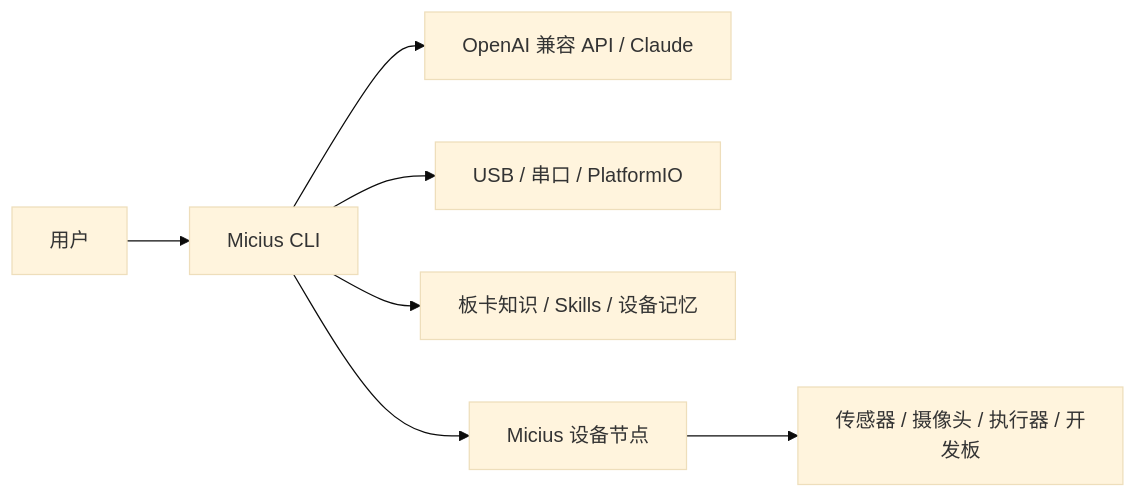
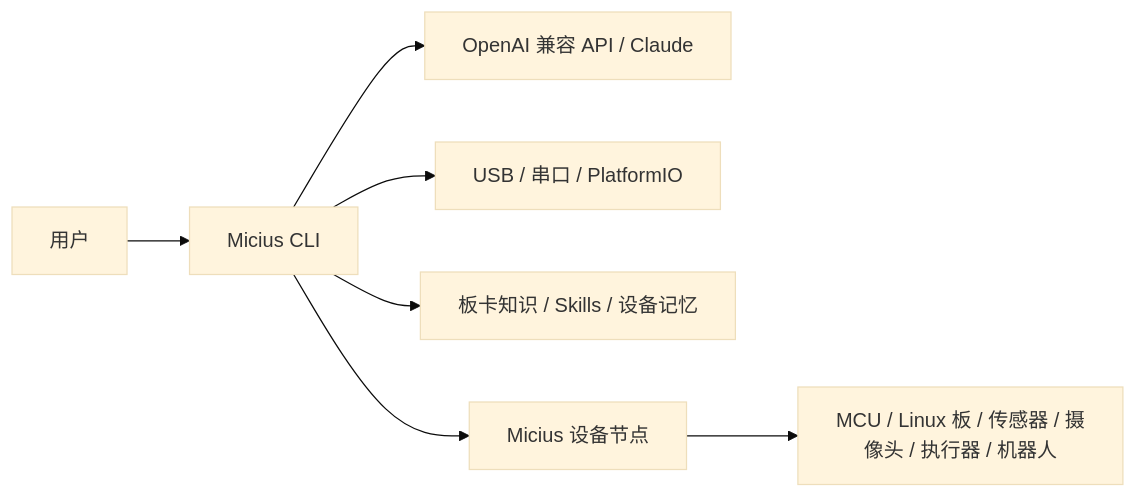
The diagram in README_CN.md (Dryoung95/micius), drawn with Mermaid (base theme) before and after one commit. The commit also changed other lines of this file and 8 other files, not shown here.

````diff
--- a/README_CN.md
+++ b/README_CN.md
@@ -77,9 +79,9 @@
 ```mermaid
 flowchart LR
   User["用户"] --> CLI["Micius CLI"]
   CLI --> LLM["OpenAI 兼容 API / Claude"]
   CLI --> LocalTools["USB / 串口 / PlatformIO"]
   CLI --> Memory["板卡知识 / Skills / 设备记忆"]
   CLI --> Node["Micius 设备节点"]
-  Node --> Hardware["传感器 / 摄像头 / 执行器 / 开发板"]
+  Node --> Hardware["MCU / Linux 板 / 传感器 / 摄像头 / 执行器 / 机器人"]
 ```
````
